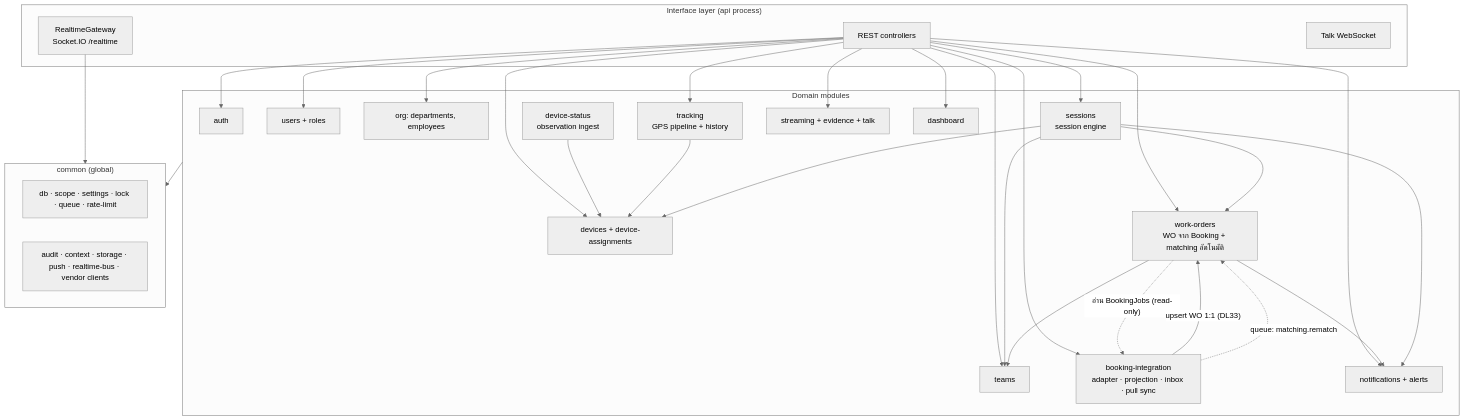
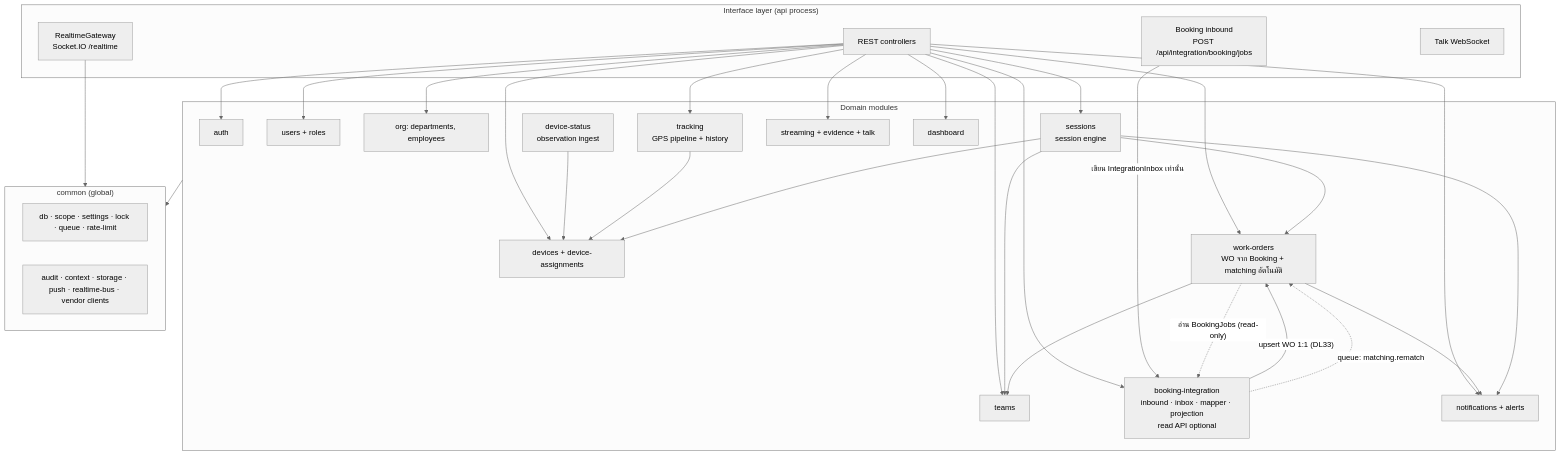
The third of 6 diagrams in docs/blueprint/02-system-architecture.md (b-werayut/psd-bodycam-v1.0), drawn with Mermaid (neutral theme) before and after one commit. The commit also changed other lines of this file and 15 other files, not shown here.

````diff
--- a/docs/blueprint/02-system-architecture.md
+++ b/docs/blueprint/02-system-architecture.md
@@ -124,39 +130,41 @@
 ```mermaid
 flowchart TB
   subgraph Interface["Interface layer (api process)"]
     REST["REST controllers"]
+    INB["Booking inbound<br/>POST /api/integration/booking/jobs"]
     GW["RealtimeGateway<br/>Socket.IO /realtime"]
     TALKWS["Talk WebSocket"]
   end
   subgraph Domain["Domain modules"]
     AUTH["auth"]
     USERS["users + roles"]
     ORG["org: departments, employees"]
     TEAMS["teams"]
     DEV["devices + device-assignments"]
     DSTAT["device-status<br/>observation ingest"]
     TRK["tracking<br/>GPS pipeline + history"]
     SES["sessions<br/>session engine"]
     WO["work-orders<br/>WO จาก Booking + matching อัตโนมัติ"]
-    BKG["booking-integration<br/>adapter · projection · inbox · pull sync"]
+    BKG["booking-integration<br/>inbound · inbox · mapper · projection<br/>read API optional"]
     MEDIA["streaming + evidence + talk"]
     NOTI["notifications + alerts"]
     DASH["dashboard"]
   end
   subgraph Common["common (global)"]
     C1["db · scope · settings · lock · queue · rate-limit"]
     C2["audit · context · storage · push · realtime-bus · vendor clients"]
   end
   REST --> AUTH & USERS & ORG & TEAMS & DEV & TRK & SES & WO & BKG & MEDIA & NOTI & DASH
+  INB -- "เขียน IntegrationInbox เท่านั้น" --> BKG
   DSTAT --> DEV
   TRK --> DEV
   SES --> DEV & TEAMS & WO
   WO --> TEAMS
   WO -. "อ่าน BookingJobs (read-only)" .-> BKG
   BKG -- "upsert WO 1:1 (DL33)" --> WO
   BKG -. "queue: matching.rematch" .-> WO
   WO --> NOTI
   SES --> NOTI
   Domain --> Common
   GW --> Common
 ```
````
